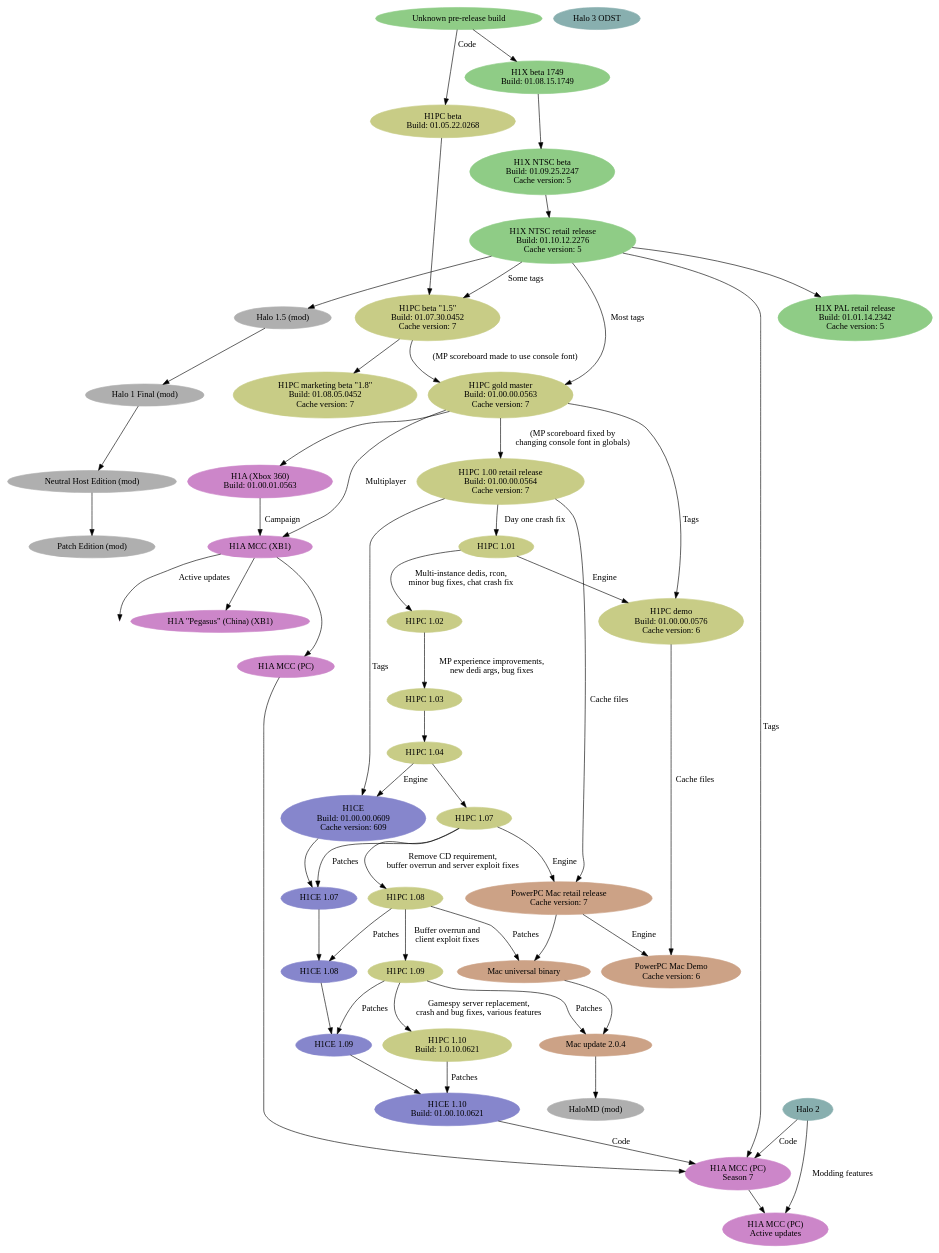
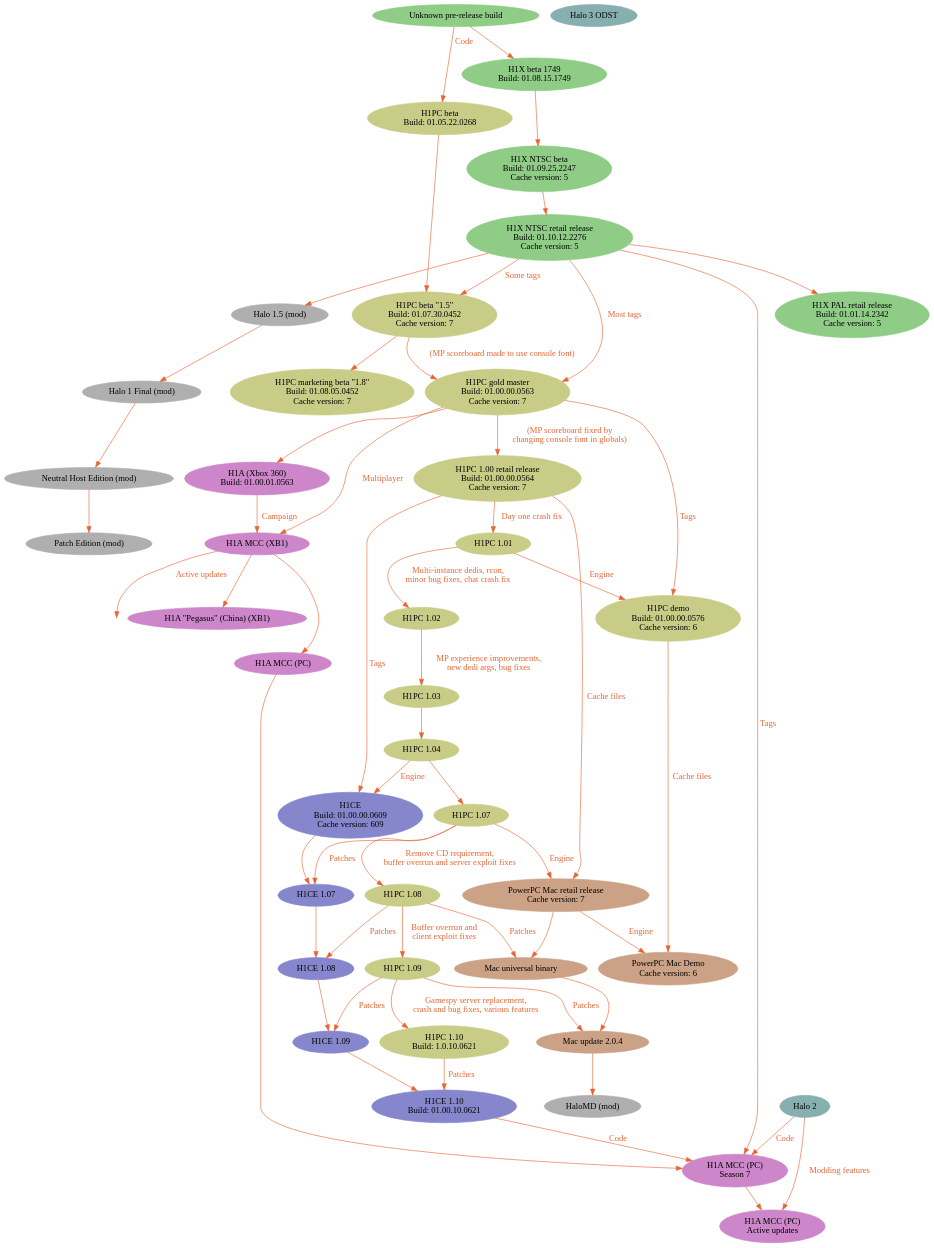
Before and after one commit to Sigmmma/c20: the diagram in src/content/h1/games.dot, drawn with Graphviz. The commit also changed 127 other files, not shown here.

```diff
--- a/src/content/h1/games.dot
+++ b/src/content/h1/games.dot
@@ -1,139 +1,142 @@
 digraph G {
+  bgcolor="transparent"
+  edge [color="#E66533" fontcolor="#E66533"]
+
   subgraph h1x {
     node [style=filled color="#8fcc86"]
     h1x_pre [label="Unknown pre-release build"]
     h1x_1749 [label="H1X beta 1749\nBuild: 01.08.15.1749"]
     h1x_ntsc_beta [label="H1X NTSC beta\nBuild: 01.09.25.2247\nCache version: 5"]
     h1x_ntsc_retail [label="H1X NTSC retail release\nBuild: 01.10.12.2276\nCache version: 5"]
     h1x_pal_retail [label="H1X PAL retail release\nBuild: 01.01.14.2342\nCache version: 5"]
   }
 
   #mods
   node [style=filled color="#afafaf"];
   h15 [label="Halo 1.5 (mod)"];
   h1final [label="Halo 1 Final (mod)"];
   nhe [label="Neutral Host Edition (mod)"];
   pe [label="Patch Edition (mod)"];
   halomd [label="HaloMD (mod)"];
 
   subgraph h1pc {
     node [style=filled color="#c8cc86"];
     pc_beta1 [label="H1PC beta\nBuild: 01.05.22.0268"];
     pc_beta2 [label="H1PC beta \"1.5\"\nBuild: 01.07.30.0452\nCache version: 7"];
     pc_beta3 [label="H1PC marketing beta \"1.8\"\nBuild: 01.08.05.0452 \nCache version: 7"];
     pc_gold [label="H1PC gold master\nBuild: 01.00.00.0563\nCache version: 7"];
     pc_100 [label="H1PC 1.00 retail release\nBuild: 01.00.00.0564\nCache version: 7"];
     pc_101 [label="H1PC 1.01"];
     pc_102 [label="H1PC 1.02"];
     pc_103 [label="H1PC 1.03"];
     pc_104 [label="H1PC 1.04"];
     pc_107 [label="H1PC 1.07"];
     pc_108 [label="H1PC 1.08"];
     pc_109 [label="H1PC 1.09"];
     pc_110 [label="H1PC 1.10\nBuild: 1.0.10.0621"];
     pc_demo [label="H1PC demo\nBuild: 01.00.00.0576\nCache version: 6"];
   }
 
   subgraph mac {
     node [style=filled color="#cca286"];
     mac_retail [label="PowerPC Mac retail release\nCache version: 7"];
     mac_universal [label="Mac universal binary"];
     mac_204 [label="Mac update 2.0.4"];
     mac_demo [label="PowerPC Mac Demo\nCache version: 6"];
   }
 
   subgraph h1ce {
     node [style=filled color="#8686cc"];
     h1ce_100 [label="H1CE\nBuild: 01.00.00.0609\nCache version: 609"];
     h1ce_107 [label="H1CE 1.07"];
     h1ce_108 [label="H1CE 1.08"];
     h1ce_109 [label="H1CE 1.09"];
     h1ce_110 [label="H1CE 1.10\nBuild: 01.00.10.0621"];
   }
 
   subgraph h1a {
     node [style=filled color="#cc86c9"];
     h1a_360 [label="H1A (Xbox 360)\nBuild: 01.00.01.0563"];
     h1a_xbone [label="H1A MCC (XB1)"];
     h1a_xbone_china [label="H1A \"Pegasus\" (China) (XB1)"];
     h1a_pc [label="H1A MCC (PC)"];
     h1a_pc_s7 [label="H1A MCC (PC)\nSeason 7"];
     h1a_pc_live [label="H1A MCC (PC)\nActive updates"];
     h1a_xbone_live [label="", fixedsize="false", width=0, height=0, shape=none];
   }
 
 
 
   #other games
   node [style=filled color="#88afaf"];
   h2 [label="Halo 2"];
   odst [label="Halo 3 ODST"];
 
   h1x_pre -> h1x_1749;
   h1x_1749 -> h1x_ntsc_beta;
   h1x_ntsc_beta -> h1x_ntsc_retail;
   h1x_ntsc_retail -> h1x_pal_retail;
 
   # gearbox pc line
   h1x_pre -> pc_beta1 [label="Code"];
   pc_beta1 -> pc_beta2;
   h1x_ntsc_retail -> pc_beta2 [label="Some tags"];
   pc_beta2 -> pc_beta3;
   pc_beta2 -> pc_gold [label="(MP scoreboard made to use console font)"];
   h1x_ntsc_retail -> pc_gold [label="Most tags"];
   pc_gold -> pc_100 [label="(MP scoreboard fixed by\nchanging console font in globals)"];
   pc_100 -> pc_101 [label="Day one crash fix"];
   pc_101 -> pc_102 [label="Multi-instance dedis, rcon,\nminor bug fixes, chat crash fix"];
   pc_102 -> pc_103 [label="MP experience improvements,\nnew dedi args, bug fixes"];
   pc_103 -> pc_104;
   pc_104 -> pc_107;
   pc_107 -> pc_108 [label="Remove CD requirement,\nbuffer overrun and server exploit fixes"];
   pc_108 -> pc_109 [label="Buffer overrun and\nclient exploit fixes"];
   pc_109 -> pc_110 [label="Gamespy server replacement,\ncrash and bug fixes, various features"];
   pc_gold -> pc_demo [label="Tags"];
   pc_101 -> pc_demo [label="Engine"];
 
   # custom edition line
   pc_104 -> h1ce_100 [label="Engine"];
   pc_100 -> h1ce_100 [label="Tags"];
   h1ce_100 -> h1ce_107;
   pc_107 -> h1ce_107 [label="Patches"];
   h1ce_107 -> h1ce_108;
   pc_108 -> h1ce_108 [label="Patches"];
   h1ce_108 -> h1ce_109;
   pc_109 -> h1ce_109 [label="Patches"];
   h1ce_109 -> h1ce_110;
   pc_110 -> h1ce_110 [label="Patches"];
 
   # mac
   pc_demo -> mac_demo [label="Cache files"];
   pc_100 -> mac_retail [label="Cache files"];
   pc_107 -> mac_retail [label="Engine"];
   mac_retail -> mac_demo [label="Engine"];
   mac_retail -> mac_universal;
   pc_108 -> mac_universal [label="Patches"];
   mac_universal -> mac_204;
   pc_109 -> mac_204 [label="Patches"];
 
   # mods
   h1x_ntsc_retail -> h15;
   h15 -> h1final;
   h1final -> nhe;
   nhe -> pe;
   mac_204 -> halomd;
 
   # h1a and mcc
   pc_gold -> h1a_360;
   h1a_360 -> h1a_xbone [label="Campaign"];
   pc_gold -> h1a_xbone [label="Multiplayer"];
   h1a_xbone -> h1a_pc;
   h1a_xbone -> h1a_xbone_live [label="Active updates"];
   h1a_xbone -> h1a_xbone_china;
   h1a_pc -> h1a_pc_s7;
   h1ce_110 -> h1a_pc_s7 [label="Code"];
   h1x_ntsc_retail -> h1a_pc_s7 [label="Tags"];
   h2 -> h1a_pc_s7 [label="Code"];
   h2 -> h1a_pc_live [label="Modding features"];
   #odst -> h1a_pc_live [label="Netcode"];
   h1a_pc_s7 -> h1a_pc_live;
 }
```
